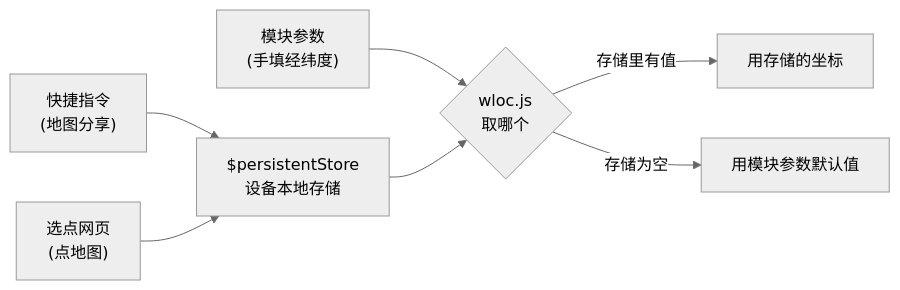
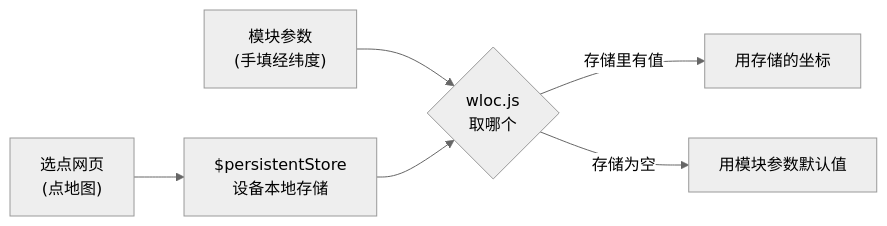
One commit to zxishere/wloc changed the second of 2 diagrams in README.md. Above: the diagram before and after it, drawn with Mermaid (neutral theme). The commit also changed other lines of this file, not shown here.

````diff
--- a/README.md
+++ b/README.md
@@ -52,9 +47,8 @@
 ```mermaid
 flowchart LR
     A["模块参数<br/>(手填经纬度)"] --> D{wloc.js<br/>取哪个}
-    B["快捷指令<br/>(地图分享)"] --> C["$persistentStore<br/>设备本地存储"]
-    E["选点网页<br/>(点地图)"] --> C
+    E["选点网页<br/>(点地图)"] --> C["$persistentStore<br/>设备本地存储"]
     C --> D
     D -->|存储里有值| F["用存储的坐标"]
     D -->|存储为空| G["用模块参数默认值"]
 ```
````
